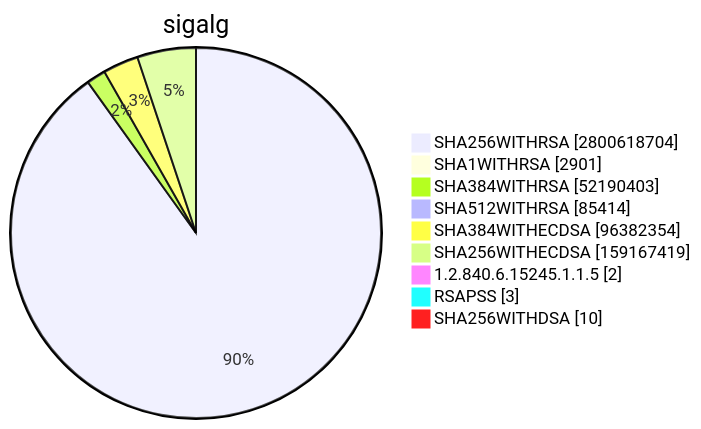
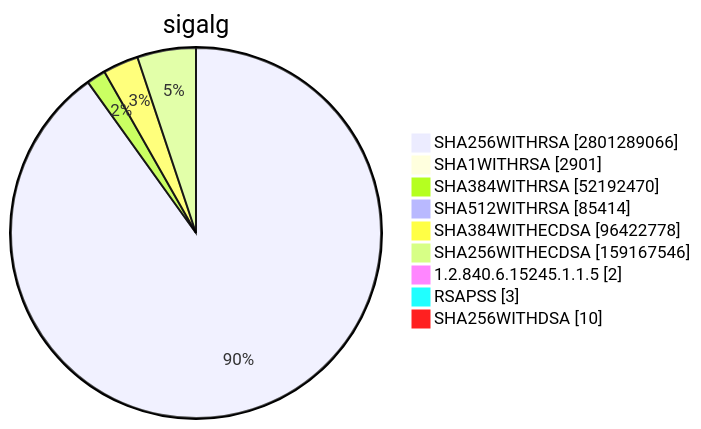
Diagram 15 of 15 in TOTAL/README.md (christiankrug/ctmonitor_visualization), drawn with Mermaid before and after one commit. The commit also changed other lines of this file, not shown here.

````diff
--- a/TOTAL/README.md
+++ b/TOTAL/README.md
@@ -6205,13 +6205,13 @@
 ```mermaid
 pie showData
 title sigalg
-"SHA256WITHRSA" :2800618704
+"SHA256WITHRSA" :2801289066
 "SHA1WITHRSA" :2901
-"SHA384WITHRSA" :52190403
+"SHA384WITHRSA" :52192470
 "SHA512WITHRSA" :85414
-"SHA384WITHECDSA" :96382354
-"SHA256WITHECDSA" :159167419
+"SHA384WITHECDSA" :96422778
+"SHA256WITHECDSA" :159167546
 "1.2.840.6.15245.1.1.5" :2
 "RSAPSS" :3
 "SHA256WITHDSA" :10
 ```
````
